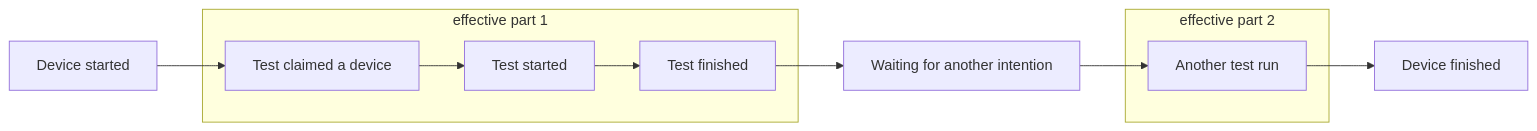
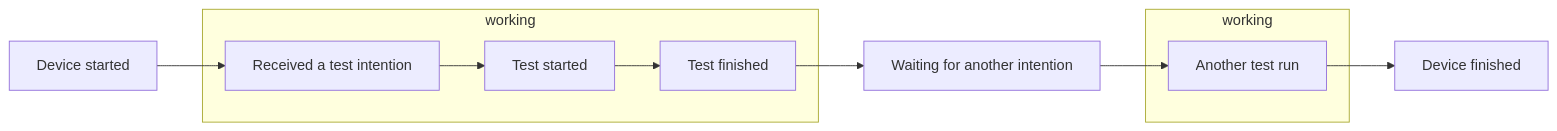
The second of 9 diagrams in docs/content/test_runner/Metrics.md (avito-tech/avito-android), drawn with Mermaid before and after one commit. The commit also changed other lines of this file and 10 other files, not shown here.

````diff
--- a/docs/content/test_runner/Metrics.md
+++ b/docs/content/test_runner/Metrics.md
@@ -13,14 +24,13 @@
 ```mermaid
 graph LR
-    id1[Device started] --> id2[Test claimed a device] 
-    subgraph ef1[effective part 1]
-    id2 --> id3[Test started] --> id4[Test finished]
+    id1[Device started] --> id2 
+    subgraph ef1[working]
+    id2[Received a test intention] --> id3[Test started] --> id4[Test finished]
     end
-    id4 --> id5[Waiting for another intention]
-    id5 --> id6[Another test run]
-    subgraph ef2[effective part 2]
-    id6
+    id4 --> id5[Waiting for another intention] --> id6
+    subgraph ef2[working]
+    id6[Another test run]
     end
     id6 --> id7[Device finished]
     
 ```
````
